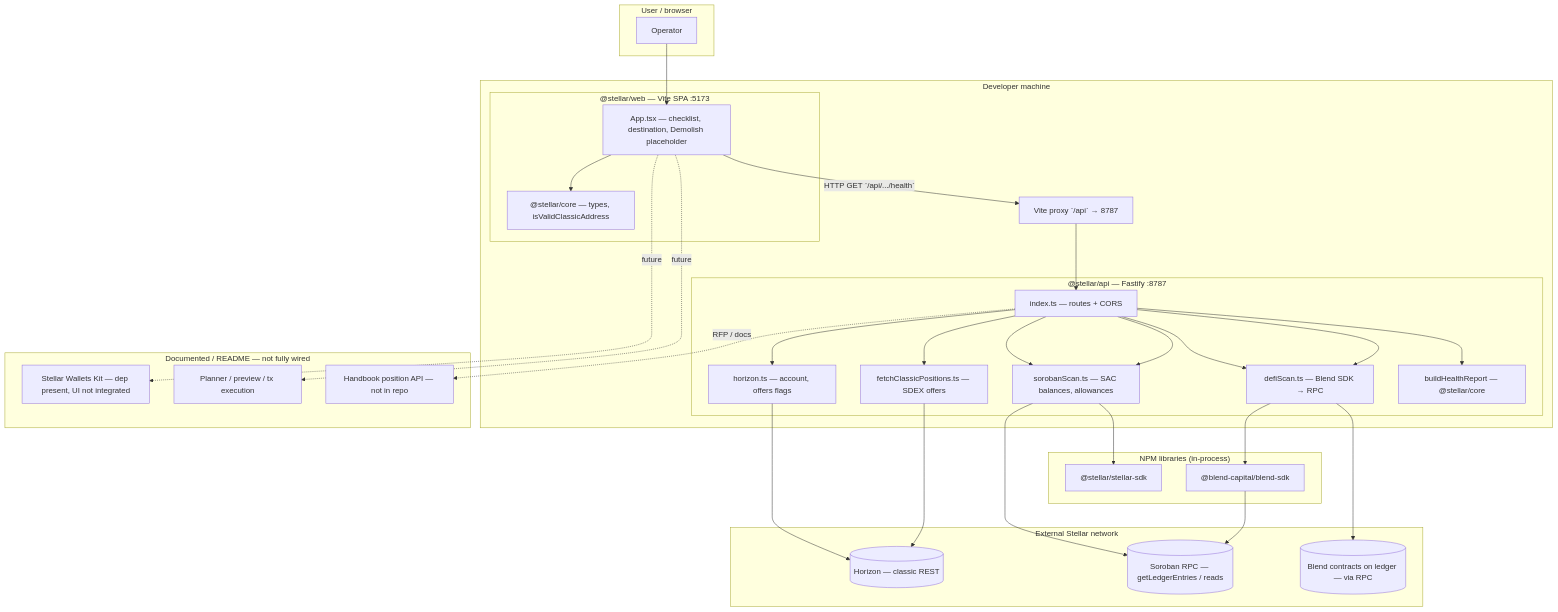
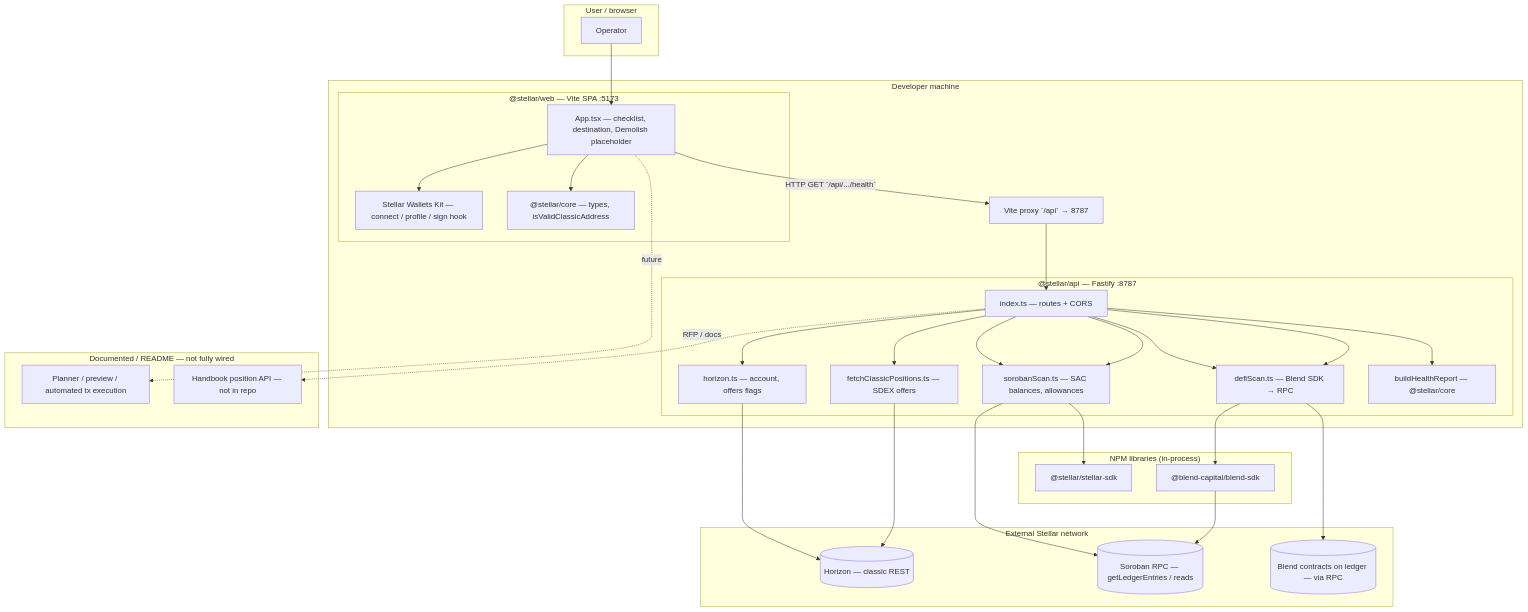
The first of 2 diagrams in docs/ARCHITECTURE_DIAGRAMS.md (streamnft-tech/account_demolisher), drawn with Mermaid before and after one commit. The commit also changed other lines of this file and 17 other files, not shown here.

````diff
--- a/docs/ARCHITECTURE_DIAGRAMS.md
+++ b/docs/ARCHITECTURE_DIAGRAMS.md
@@ -13,56 +13,56 @@
 ```mermaid
 flowchart TB
   subgraph User["User / browser"]
     U[Operator]
   end
 
   subgraph DevHost["Developer machine"]
     subgraph Web["@stellar/web — Vite SPA :5173"]
       UI[App.tsx — checklist, destination, Demolish placeholder]
+      WK[Stellar Wallets Kit — connect / profile / sign hook]
       CoreC["@stellar/core — types, isValidClassicAddress"]
     end
     subgraph API["@stellar/api — Fastify :8787"]
       IDX[index.ts — routes + CORS]
       HZ[horizon.ts — account, offers flags]
       FC[fetchClassicPositions.ts — SDEX offers]
       SB[sorobanScan.ts — SAC balances, allowances]
       DF[defiScan.ts — Blend SDK → RPC]
       CORE[buildHealthReport — @stellar/core]
     end
     PROXY[Vite proxy `/api` → 8787]
   end
 
   subgraph Ext["External Stellar network"]
     H[(Horizon — classic REST)]
     R[(Soroban RPC — getLedgerEntries / reads)]
     BC[(Blend contracts on ledger — via RPC)]
   end
 
   subgraph Deps["NPM libraries (in-process)"]
     SKD["@stellar/stellar-sdk"]
     BLEND["@blend-capital/blend-sdk"]
   end
 
   subgraph Planned["Documented / README — not fully wired"]
-    WK[Stellar Wallets Kit — dep present, UI not integrated]
-    PL[Planner / preview / tx execution]
+    PL[Planner / preview / automated tx execution]
     POS["Handbook position API — not in repo"]
   end
 
   U --> UI
+  UI --> WK
   UI --> CoreC
   UI -->|HTTP GET `/api/.../health`| PROXY
   PROXY --> IDX
 
   IDX --> HZ --> H
   IDX --> FC --> H
   IDX --> SB --> R
   IDX --> SB --> SKD
   IDX --> DF --> BLEND --> R
   IDX --> DF --> BC
   IDX --> CORE
 
-  UI -.->|future| WK
   UI -.->|future| PL
   IDX -.->|RFP / docs| POS
 ```
````
